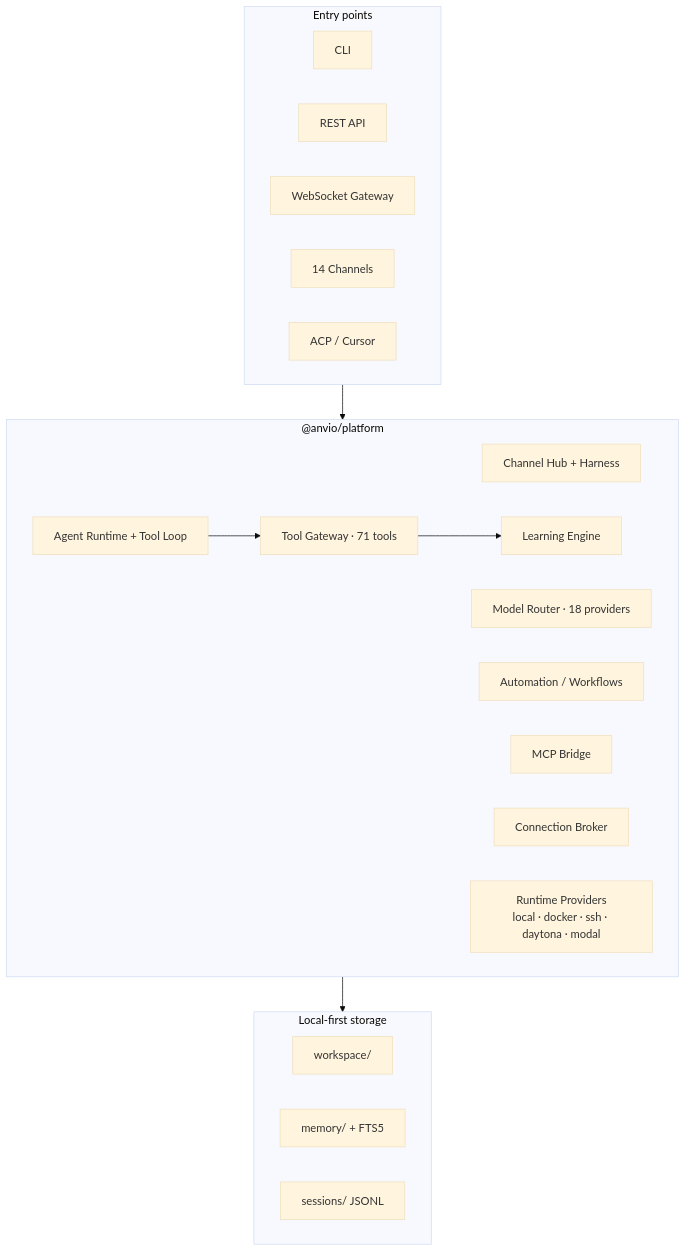
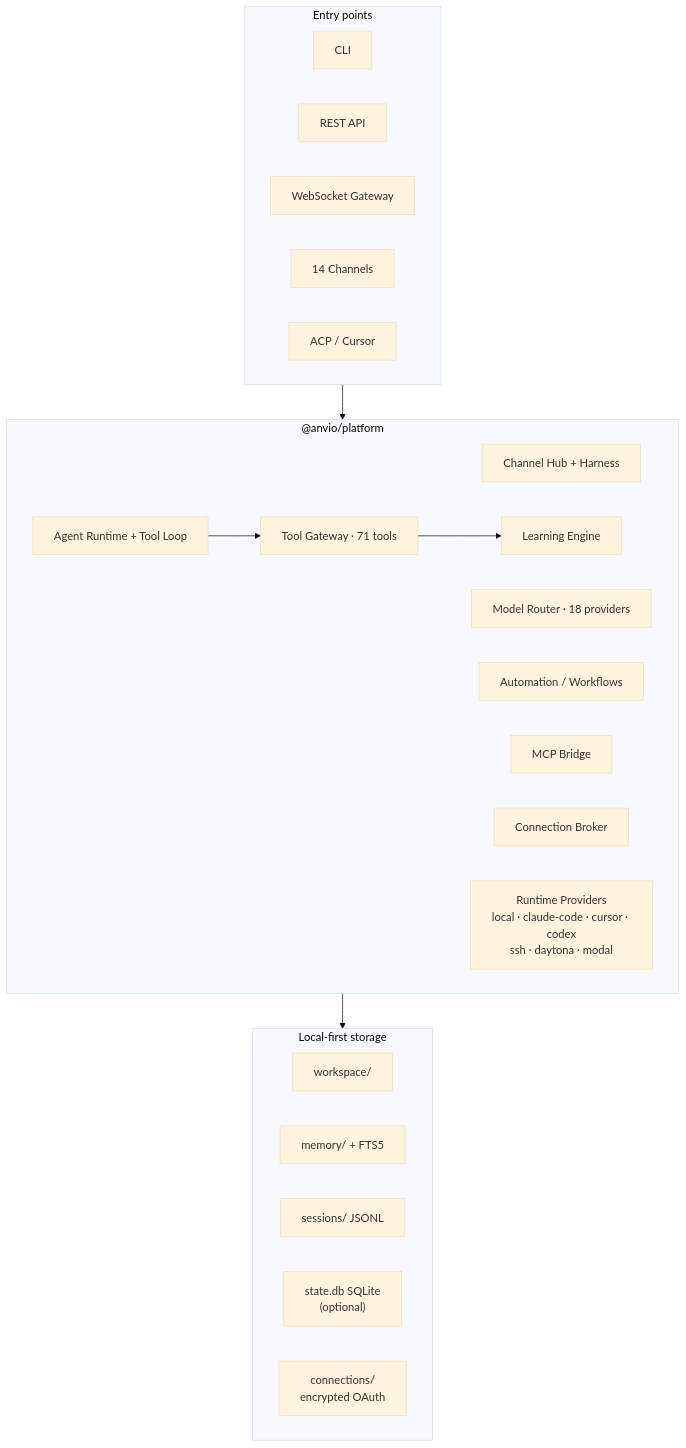
Before and after one commit to viantonugroho11/Anvio: the sixth of 7 diagrams in README.md, drawn with Mermaid (base theme). The commit also changed other lines of this file, not shown here.

First line of the commit message:
docs(readme): clarify storage, OAuth, and model provider auth modes

````diff
--- a/README.md
+++ b/README.md
@@ -735,32 +895,34 @@
 ```mermaid
 flowchart TB
     subgraph Entry["Entry points"]
         CLI["CLI"]
         API["REST API"]
         GW["WebSocket Gateway"]
         CHN["14 Channels"]
         ACP["ACP / Cursor"]
     end
 
     subgraph Platform["@anvio/platform"]
         HUB["Channel Hub + Harness"]
         RT["Agent Runtime + Tool Loop"]
         LE["Learning Engine"]
         TG["Tool Gateway · 71 tools"]
         RTG["Model Router · 18 providers"]
         AUTO["Automation / Workflows"]
         MCP["MCP Bridge"]
         CONN["Connection Broker"]
-        RUN["Runtime Providers<br/>local · docker · ssh · daytona · modal"]
+        RUN["Runtime Providers<br/>local · claude-code · cursor · codex<br/>ssh · daytona · modal"]
     end
 
     subgraph Data["Local-first storage"]
         WS["workspace/"]
         MEM["memory/ + FTS5"]
         SESS["sessions/ JSONL"]
+        SQL["state.db SQLite<br/>(optional)"]
+        CONN2["connections/<br/>encrypted OAuth"]
     end
 
     Entry --> Platform
     RT --> TG --> LE
     Platform --> Data
 ```
````
